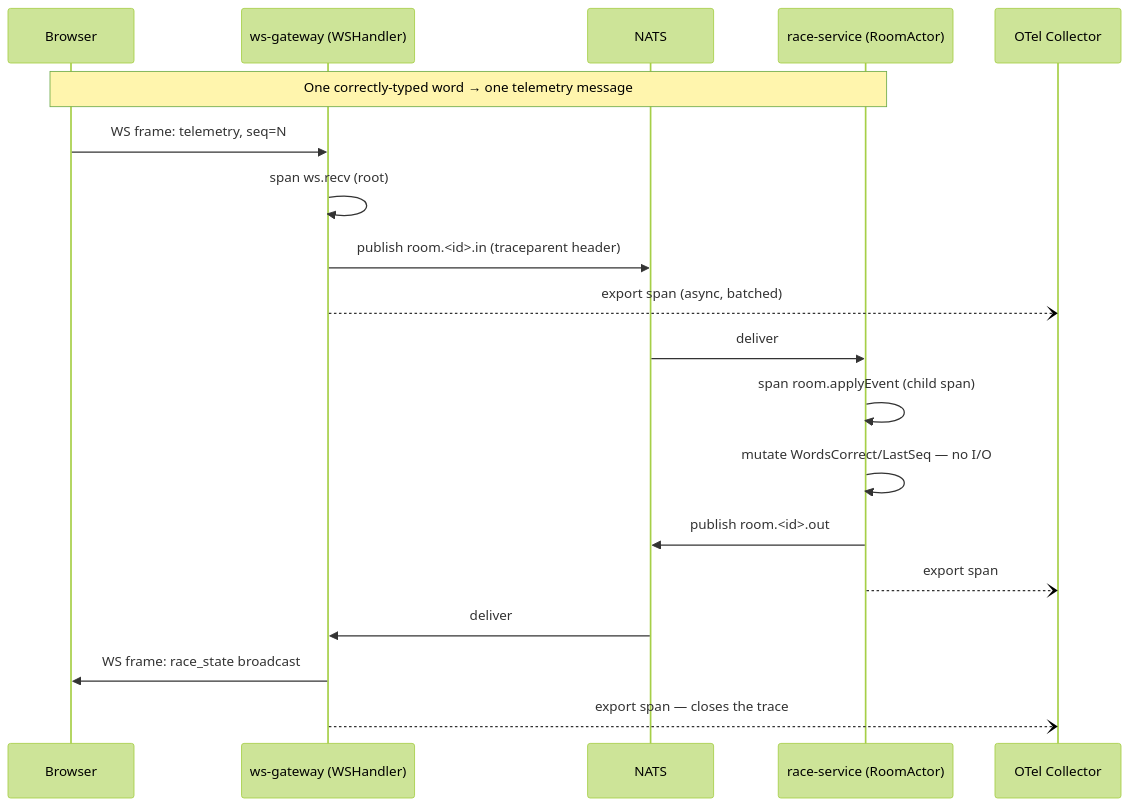
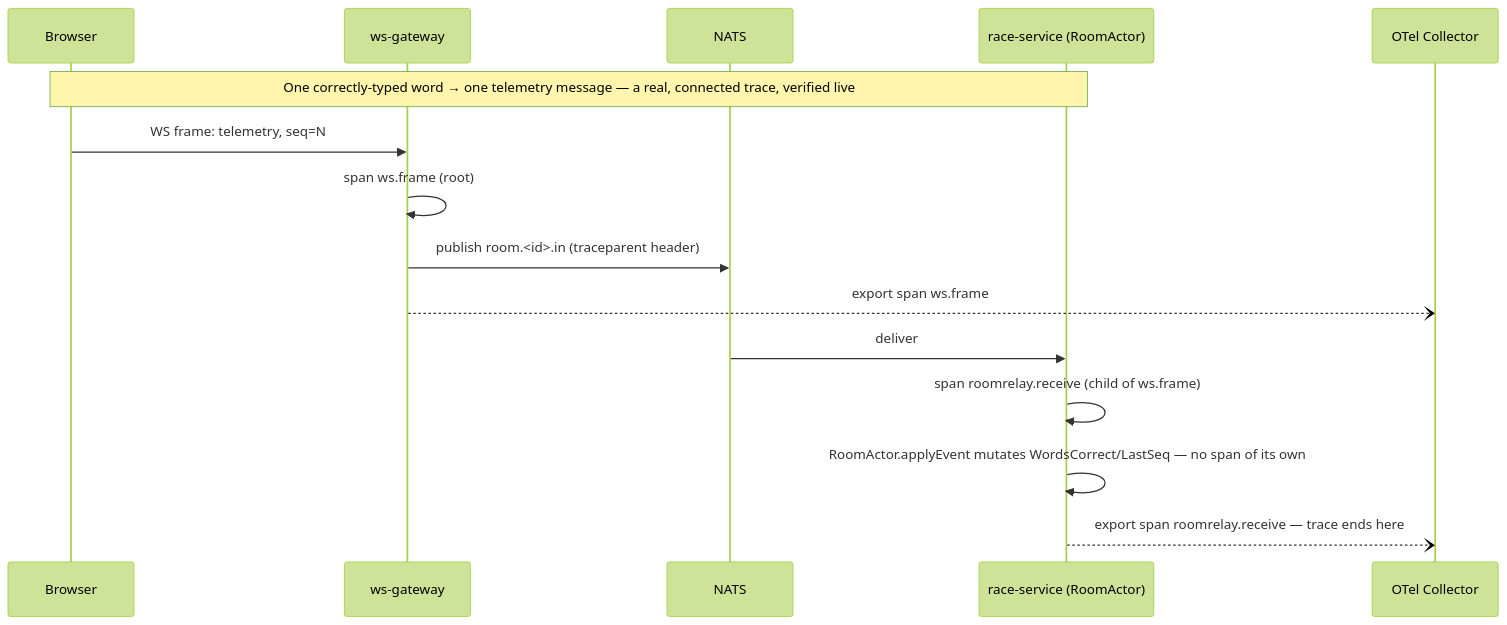
Before and after one commit to akkien/aviron: the fourth of 9 diagrams in docs/observation-architeture.md, drawn with Mermaid (forest theme). The commit also changed other lines of this file and 4 other files, not shown here.

````diff
--- a/docs/observation-architeture.md
+++ b/docs/observation-architeture.md
@@ -176,22 +202,18 @@
 ```mermaid
 sequenceDiagram
     participant FE as Browser
-    participant WG as ws-gateway (WSHandler)
+    participant WG as ws-gateway
     participant NATS
     participant RS as race-service (RoomActor)
     participant OTel as OTel Collector
 
-    Note over FE,RS: One correctly-typed word → one telemetry message
+    Note over FE,RS: One correctly-typed word → one telemetry message — a real, connected trace, verified live
     FE->>WG: WS frame: telemetry, seq=N
-    WG->>WG: span ws.recv (root)
+    WG->>WG: span ws.frame (root)
     WG->>NATS: publish room.<id>.in (traceparent header)
-    WG--)OTel: export span (async, batched)
+    WG--)OTel: export span ws.frame
     NATS->>RS: deliver
-    RS->>RS: span room.applyEvent (child span)
-    RS->>RS: mutate WordsCorrect/LastSeq — no I/O
-    RS->>NATS: publish room.<id>.out
-    RS--)OTel: export span
-    NATS->>WG: deliver
-    WG->>FE: WS frame: race_state broadcast
-    WG--)OTel: export span — closes the trace
+    RS->>RS: span roomrelay.receive (child of ws.frame)
+    RS->>RS: RoomActor.applyEvent mutates WordsCorrect/LastSeq — no span of its own
+    RS--)OTel: export span roomrelay.receive — trace ends here
 ```
````
